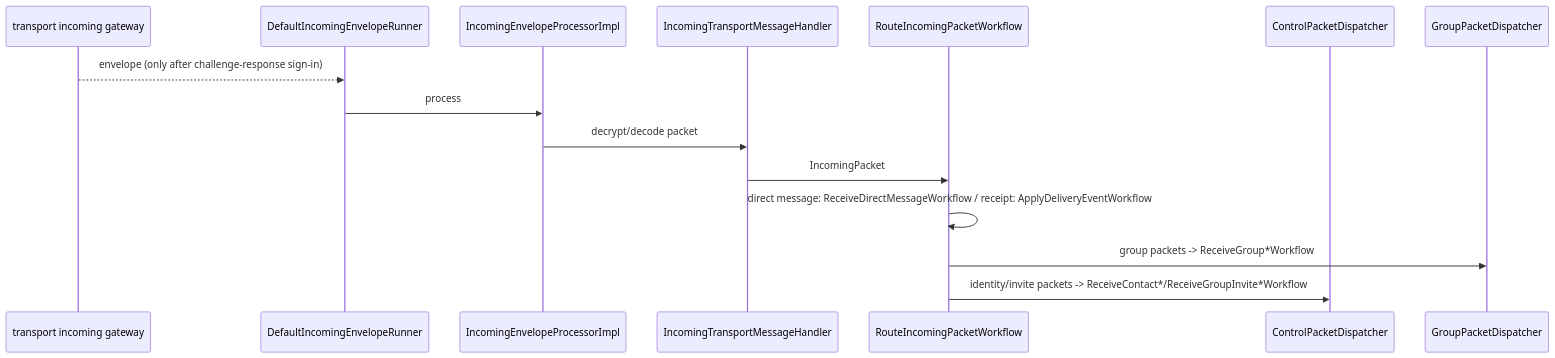
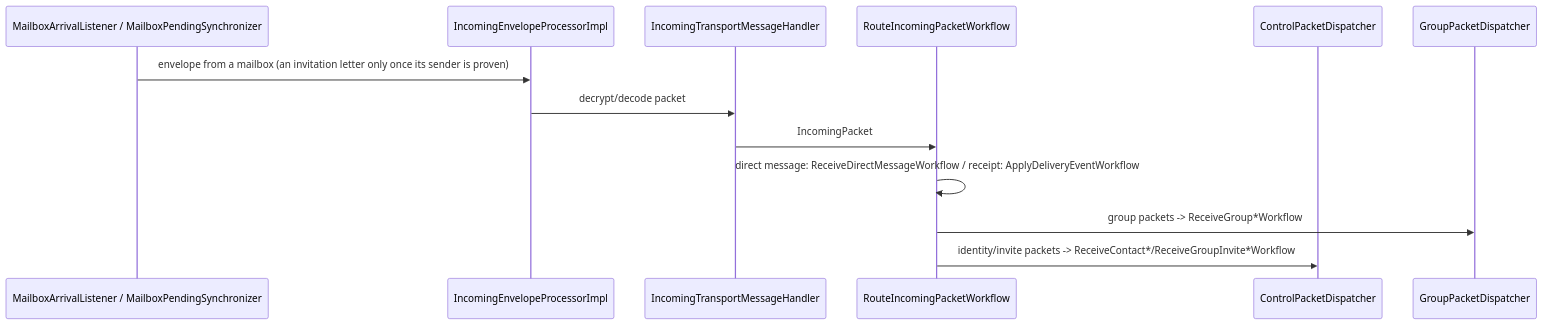
One commit to cbgm/Sparrow changed the second of 3 diagrams in docs/features/message-transport-flow.md. Above: the diagram before and after it, drawn with Mermaid. The commit also changed other lines of this file and 231 other files, not shown here.

````diff
--- a/docs/features/message-transport-flow.md
+++ b/docs/features/message-transport-flow.md
@@ -53,18 +53,16 @@
 ```mermaid
 sequenceDiagram
-    participant WS as transport incoming gateway
-    participant IR as DefaultIncomingEnvelopeRunner
+    participant MB as MailboxArrivalListener / MailboxPendingSynchronizer
     participant IP as IncomingEnvelopeProcessorImpl
     participant H as IncomingTransportMessageHandler
     participant ROUTE as RouteIncomingPacketWorkflow
     participant CTRL as ControlPacketDispatcher
     participant GRP as GroupPacketDispatcher
 
-    WS-->>IR: envelope (only after challenge-response sign-in)
-    IR->>IP: process
+    MB->>IP: envelope from a mailbox (an invitation letter only once its sender is proven)
     IP->>H: decrypt/decode packet
     H->>ROUTE: IncomingPacket
     ROUTE->>ROUTE: direct message: ReceiveDirectMessageWorkflow / receipt: ApplyDeliveryEventWorkflow
     ROUTE->>GRP: group packets -> ReceiveGroup*Workflow
     ROUTE->>CTRL: identity/invite packets -> ReceiveContact*/ReceiveGroupInvite*Workflow
 ```
````
